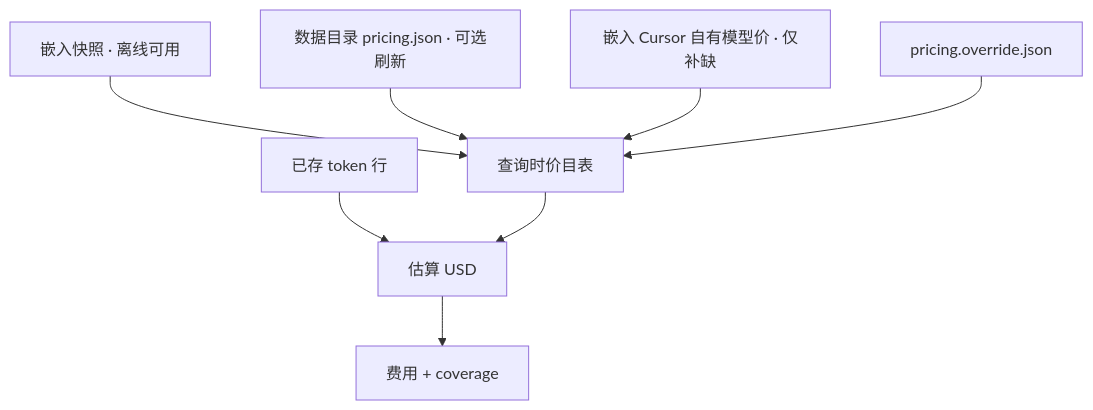
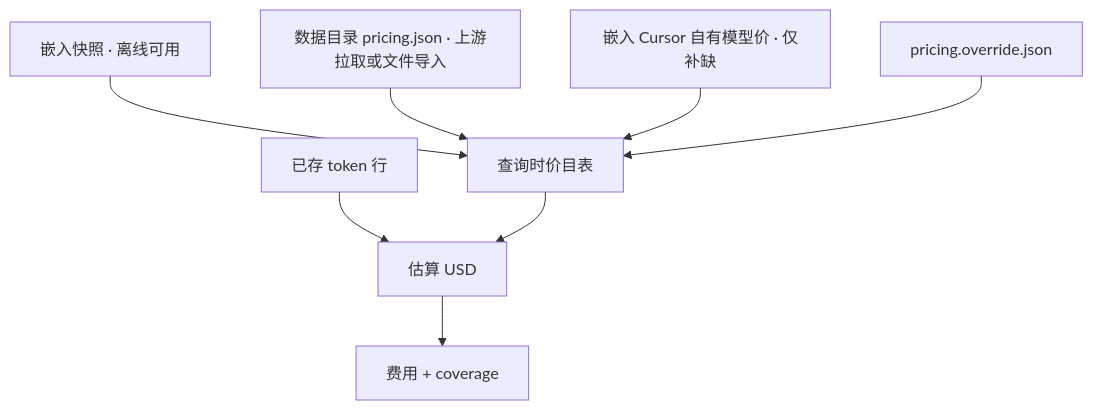
One commit to Huanfiy/ai-usage changed the fourth of 5 diagrams in docs/design/architecture.md. Above: the diagram before and after it, drawn with Mermaid. The commit also changed other lines of this file and 9 other files, not shown here.

````diff
--- a/docs/design/architecture.md
+++ b/docs/design/architecture.md
@@ -129,10 +129,10 @@
 ```mermaid
 flowchart TB
   snap[嵌入快照 · 离线可用] --> merge[查询时价目表]
-  cache[数据目录 pricing.json · 可选刷新] --> merge
+  cache[数据目录 pricing.json · 上游拉取或文件导入] --> merge
   cursor[嵌入 Cursor 自有模型价 · 仅补缺] --> merge
   over[pricing.override.json] --> merge
   tokens[已存 token 行] --> cost[估算 USD]
   merge --> cost
   cost --> out[费用 + coverage]
 ```
````
